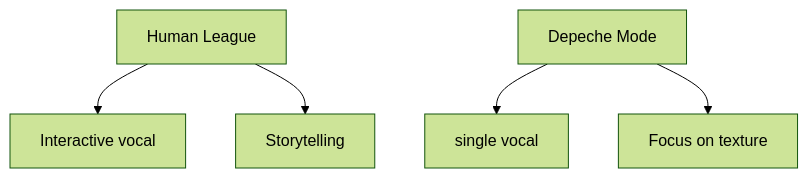
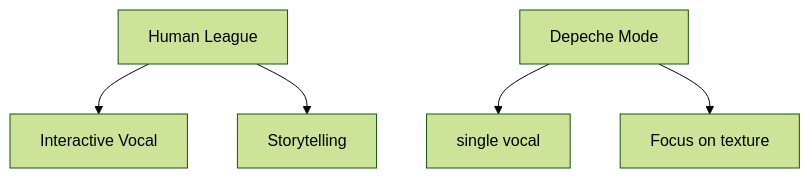
The fourth of 5 diagrams in en/_posts/2026-07-05-column-depache-mode-human-league.md (monumental-movement/monumental-movement.github.io), drawn with Mermaid (forest theme) before and after one commit. The commit also changed other lines of this file and 851 other files, not shown here.

```diff
--- a/en/_posts/2026-07-05-column-depache-mode-human-league.md
+++ b/en/_posts/2026-07-05-column-depache-mode-human-league.md
@@ -161,9 +161,9 @@
 <div class="mermaid">
 graph TD
-A["Human League"] --> A1["Interactive vocal"]
+A["Human League"] --> A1["Interactive Vocal"]
 A --> A2["Storytelling"]
 
 B["Depeche Mode"] --> B1["single vocal"]
 B --> B2["Focus on texture"]
 
 </div>
```
